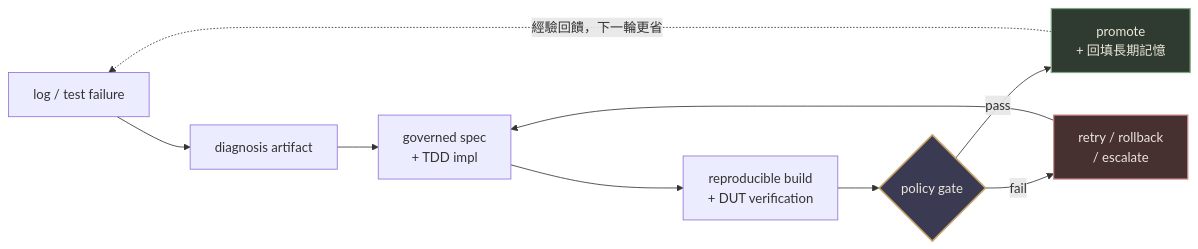
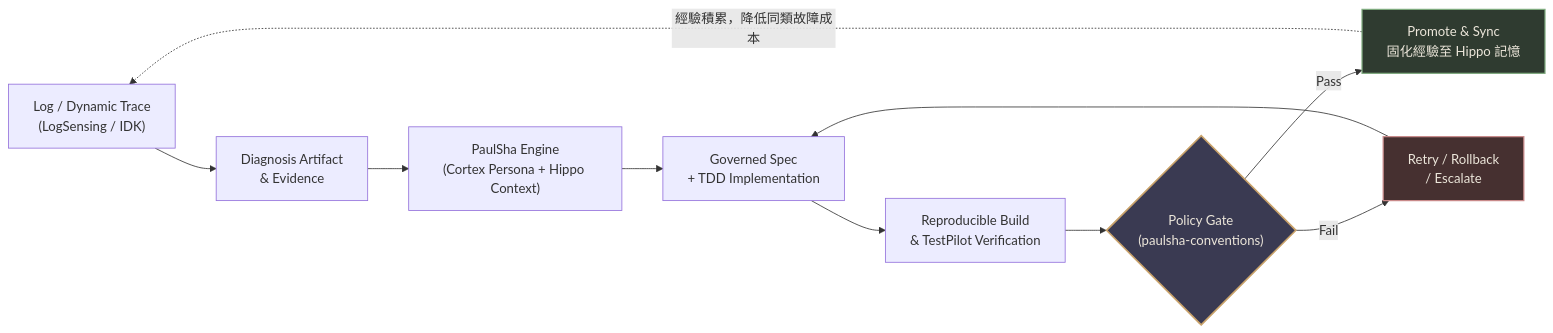
One commit to hamanpaul/hamanpaul changed the second of 2 diagrams in README.md. Above: the diagram before and after it, drawn with Mermaid. The commit also changed other lines of this file, not shown here.

Commit message:
docs: revise profile README with comprehensive repository architecture analysis

````diff
--- a/README.md
+++ b/README.md
@@ -110,15 +152,16 @@
 ```mermaid
 flowchart LR
-    A["log / test failure"] --> B["diagnosis artifact"]
-    B --> C["governed spec<br/>+ TDD impl"]
-    C --> D["reproducible build<br/>+ DUT verification"]
-    D --> G{"policy gate"}
-    G -->|pass| P["promote<br/>+ 回填長期記憶"]
-    G -->|fail| R["retry / rollback<br/>/ escalate"]
-    R --> C
-    P -.->|經驗回饋，下一輪更省| A
+    A["Log / Dynamic Trace<br/>(LogSensing / IDK)"] --> B["Diagnosis Artifact<br/>& Evidence"]
+    B --> C["PaulSha Engine<br/>(Cortex Persona + Hippo Context)"]
+    C --> D["Governed Spec<br/>+ TDD Implementation"]
+    D --> E["Reproducible Build<br/>& TestPilot Verification"]
+    E --> G{"Policy Gate<br/>(paulsha-conventions)"}
+    G -->|Pass| P["Promote & Sync<br/>固化經驗至 Hippo 記憶"]
+    G -->|Fail| R["Retry / Rollback<br/>/ Escalate"]
+    R --> D
+    P -.->|經驗積累，降低同類故障成本| A
 
     style G fill:#3a3a52,stroke:#c9a26a,stroke-width:2px,color:#ece6da
     style P fill:#2f3b30,stroke:#7faa7f,stroke-width:1.5px,color:#ece6da
     style R fill:#463030,stroke:#c98a8a,stroke-width:1.5px,color:#ece6da
 ```
````
